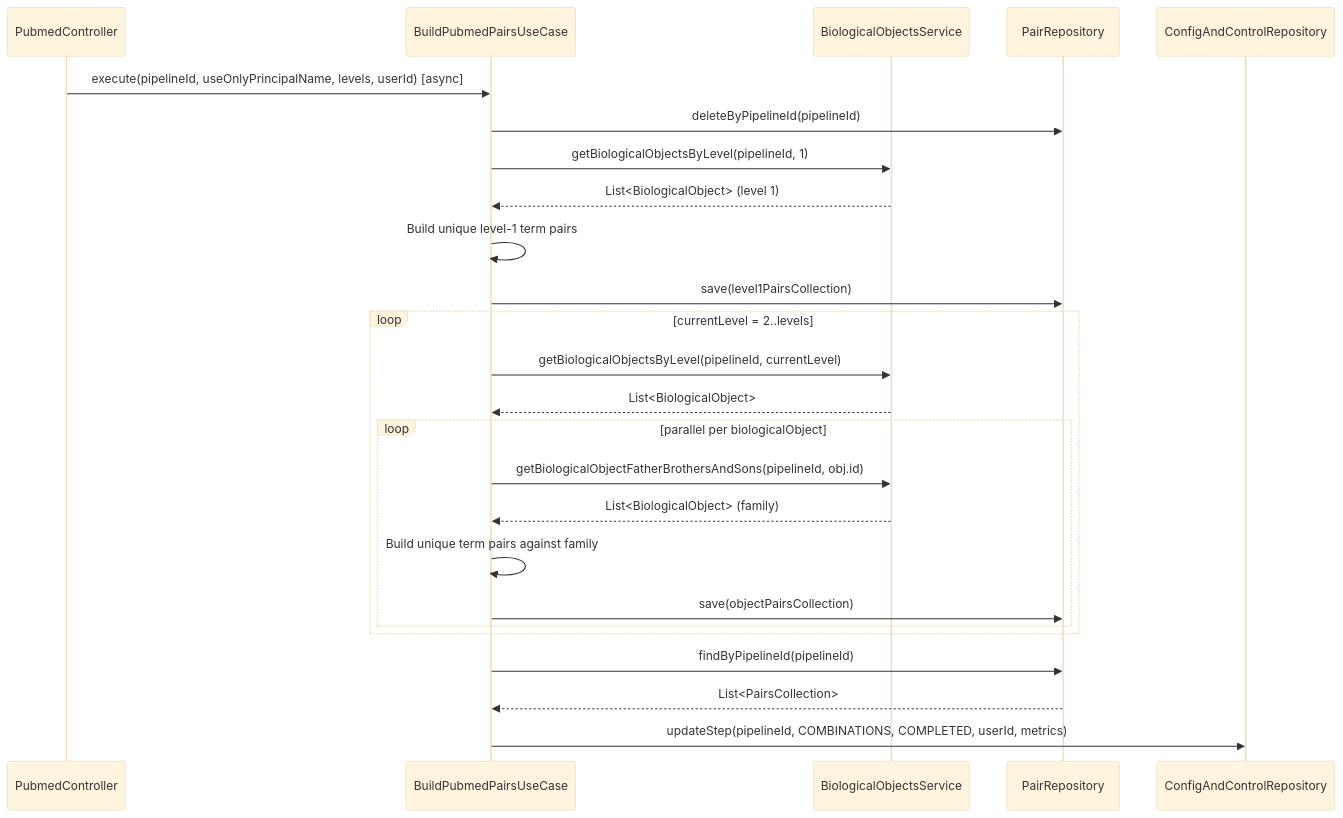
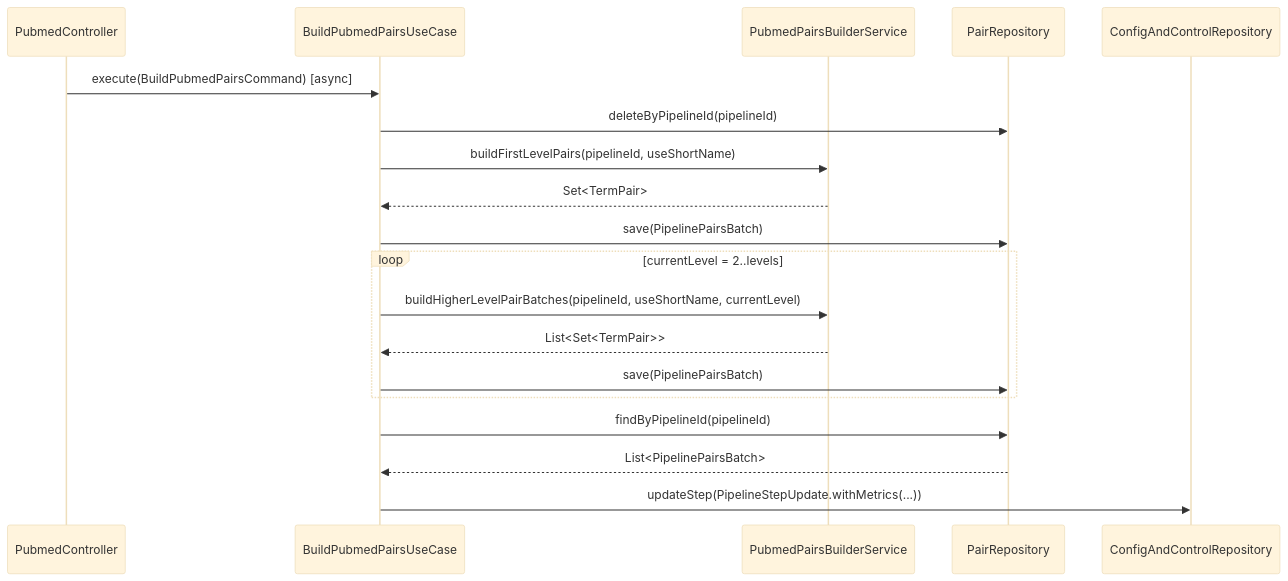
One commit to Biopatternsg-ms/pubmed-integration changed the diagram in .agents/use_cases/BuildPubmedPairsUseCase.md. Above: the diagram before and after it, drawn with Mermaid (base theme). The commit also changed other lines of this file and 48 other files, not shown here.

Commit message:
feat: encapsulate parameters in command objects for pipeline steps and knowledge base generation

````diff
--- a/.agents/use_cases/BuildPubmedPairsUseCase.md
+++ b/.agents/use_cases/BuildPubmedPairsUseCase.md
@@ -38,28 +30,22 @@
 ```mermaid
 sequenceDiagram
     participant C as PubmedController
     participant UC as BuildPubmedPairsUseCase
-    participant S as BiologicalObjectsService
+    participant PBS as PubmedPairsBuilderService
     participant PR as PairRepository
     participant CC as ConfigAndControlRepository
 
-    C->>UC: execute(pipelineId, useOnlyPrincipalName, levels, userId) [async]
+    C->>UC: execute(BuildPubmedPairsCommand) [async]
     UC->>PR: deleteByPipelineId(pipelineId)
-    UC->>S: getBiologicalObjectsByLevel(pipelineId, 1)
-    S-->>UC: List<BiologicalObject> (level 1)
-    UC->>UC: Build unique level-1 term pairs
-    UC->>PR: save(level1PairsCollection)
+    UC->>PBS: buildFirstLevelPairs(pipelineId, useShortName)
+    PBS-->>UC: Set<TermPair>
+    UC->>PR: save(PipelinePairsBatch)
     loop currentLevel = 2..levels
-        UC->>S: getBiologicalObjectsByLevel(pipelineId, currentLevel)
-        S-->>UC: List<BiologicalObject>
-        loop parallel per biologicalObject
-            UC->>S: getBiologicalObjectFatherBrothersAndSons(pipelineId, obj.id)
-            S-->>UC: List<BiologicalObject> (family)
-            UC->>UC: Build unique term pairs against family
-            UC->>PR: save(objectPairsCollection)
-        end
+        UC->>PBS: buildHigherLevelPairBatches(pipelineId, useShortName, currentLevel)
+        PBS-->>UC: List<Set<TermPair>>
+        UC->>PR: save(PipelinePairsBatch)
     end
     UC->>PR: findByPipelineId(pipelineId)
-    PR-->>UC: List<PairsCollection>
-    UC->>CC: updateStep(pipelineId, COMBINATIONS, COMPLETED, userId, metrics)
+    PR-->>UC: List<PipelinePairsBatch>
+    UC->>CC: updateStep(PipelineStepUpdate.withMetrics(...))
 ```
````
